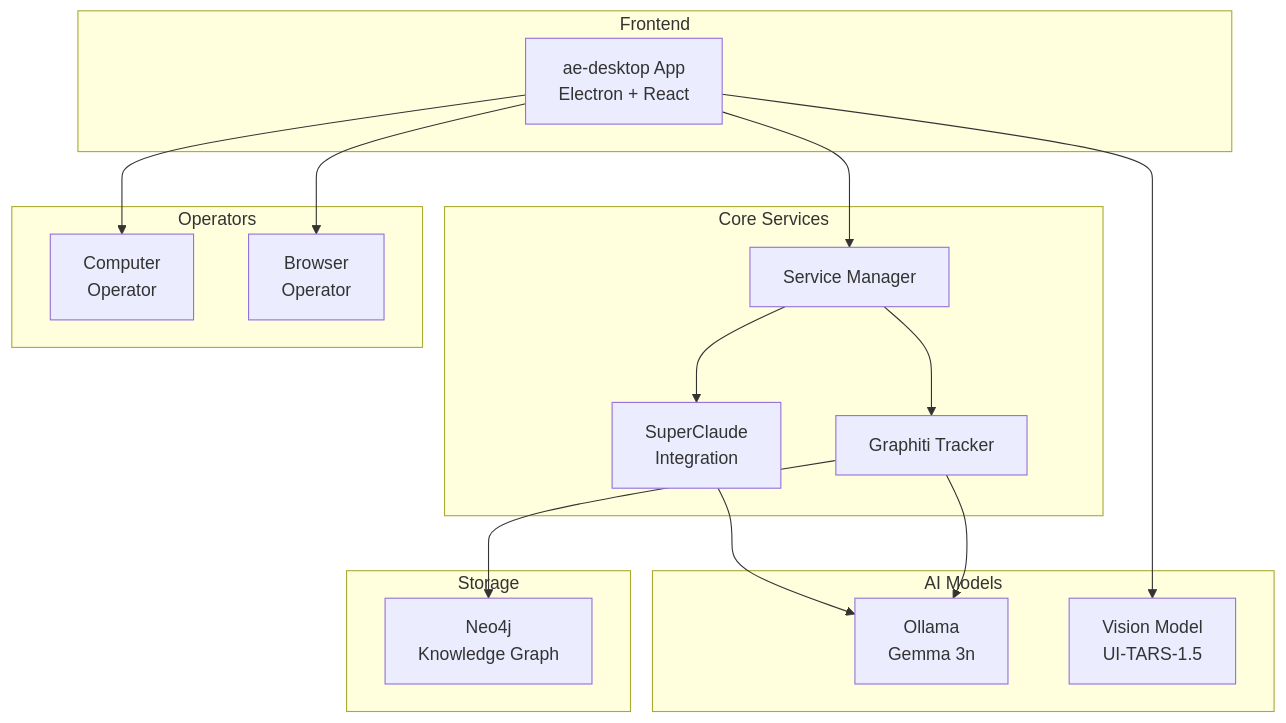
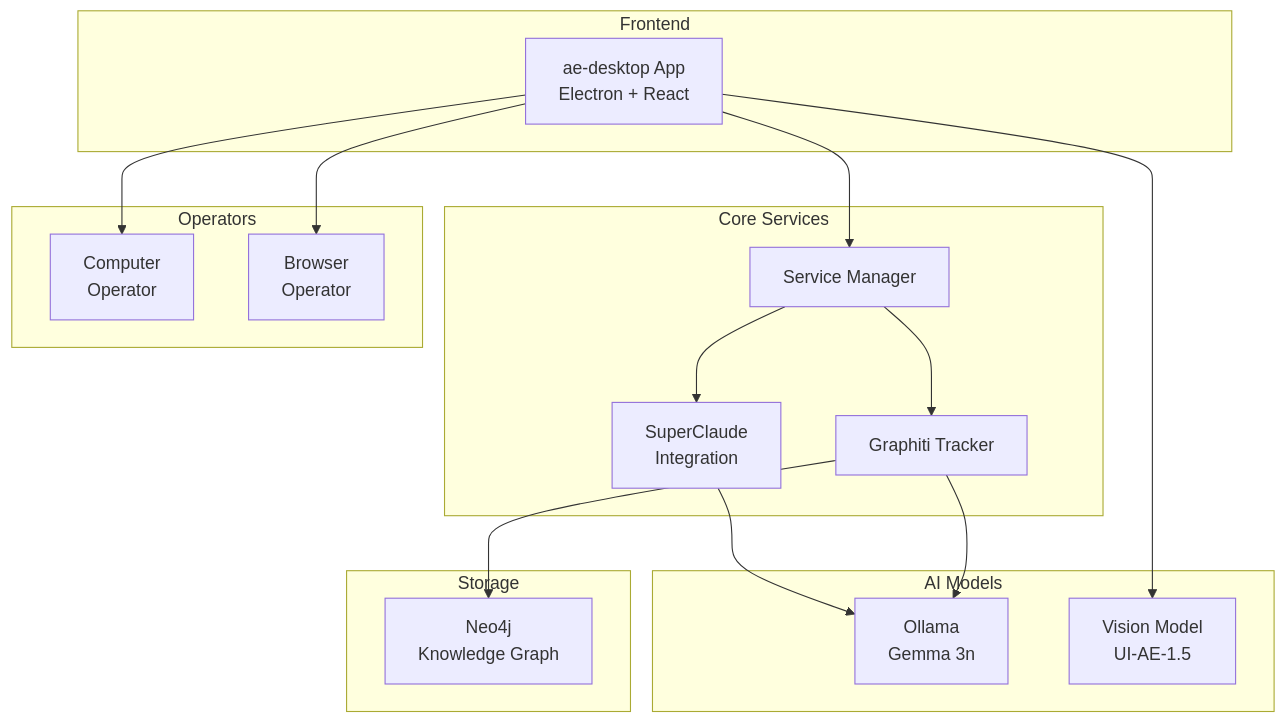
The diagram in README.md (aegntic/ae-desktop), drawn with Mermaid before and after one commit. The commit also changed other lines of this file and 292 other files, not shown here.

````diff
--- a/README.md
+++ b/README.md
@@ -94,36 +94,36 @@
 ```mermaid
 graph TB
     subgraph "Frontend"
         A[ae-desktop App<br/>Electron + React]
     end
     
     subgraph "Core Services"
         B[Service Manager]
         C[SuperClaude<br/>Integration]
         D[Graphiti Tracker]
     end
     
     subgraph "AI Models"
         E[Ollama<br/>Gemma 3n]
-        F[Vision Model<br/>UI-TARS-1.5]
+        F[Vision Model<br/>UI-AE-1.5]
     end
     
     subgraph "Storage"
         G[Neo4j<br/>Knowledge Graph]
     end
     
     subgraph "Operators"
         H[Computer<br/>Operator]
         I[Browser<br/>Operator]
     end
     
     A --> B
     B --> C
     B --> D
     C --> E
     D --> E
     D --> G
     A --> F
     A --> H
     A --> I
 ```
````
